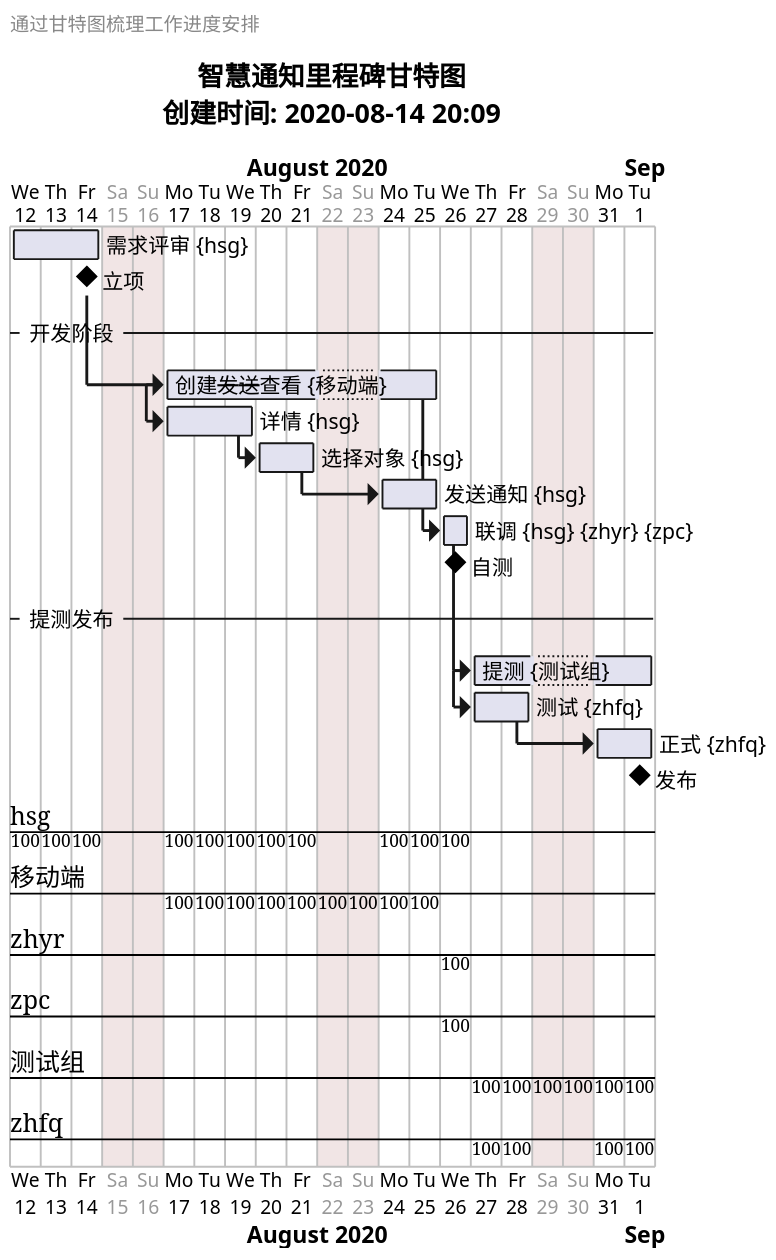
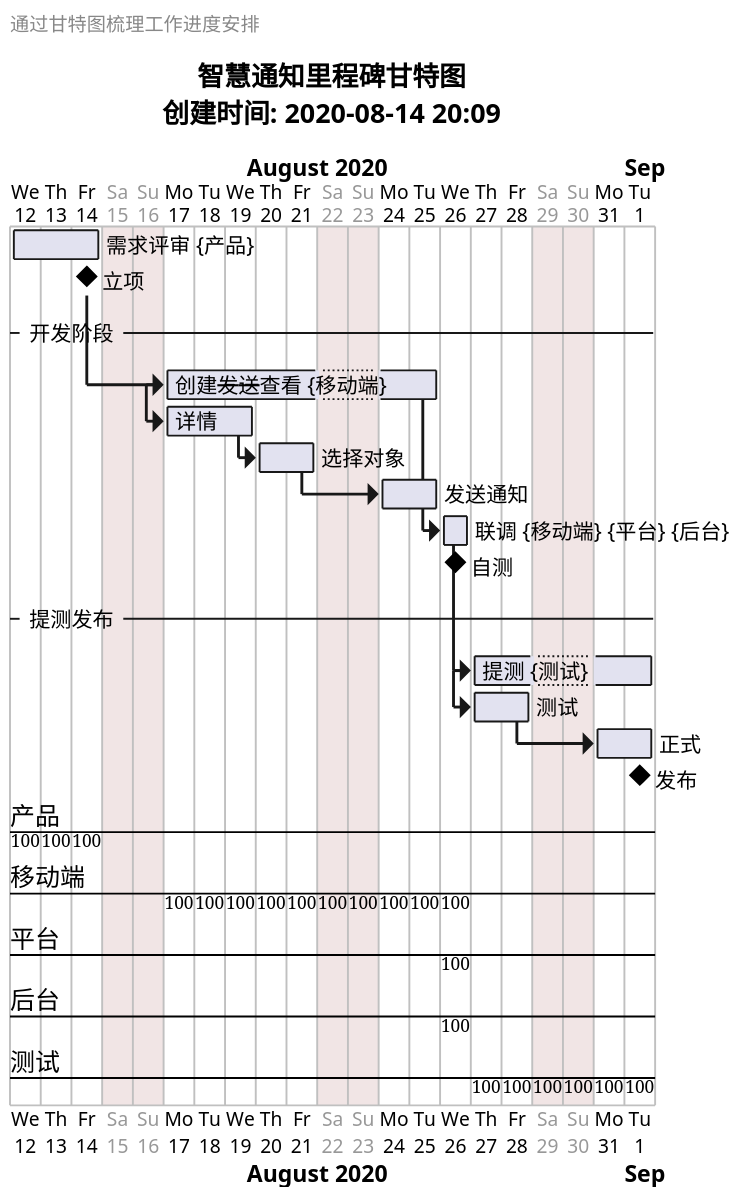
The diagram in uml/zhihuitongzhi/zhtz-gtt.plantuml (iT-Boyer/iDocs), drawn with PlantUML before and after one commit.

Commit message:
功能点：整理甘特图 问题：

```diff
--- a/uml/zhihuitongzhi/zhtz-gtt.plantuml
+++ b/uml/zhihuitongzhi/zhtz-gtt.plantuml
@@ -2,32 +2,32 @@
 @startgantt
 scale 2
 page 1x1
 title
         智慧通知里程碑甘特图
         创建时间: 2020-08-14 20:09
         endtitle
         left header
                 通过甘特图梳理工作进度安排
         endheader
         project starts 2020-08-12
         Sunday are closed
         Saturday are closed
-        [需求评审] as [design] on {hsg:100%} lasts 3 days
+        [需求评审] as [design] on {产品:100%} lasts 3 days
         [立项] happens at [design]'s end
         --开发阶段--
         then [创建--发送--查看] as [develop] on {移动端:100%} lasts 7 days
-        [详情] as [detail] on {hsg:100%}  lasts 3 days
+        [详情] as [detail] lasts 3 days
         [detail] starts at [develop]'s start
-        then [选择对象] on {hsg:100%} lasts 2 days
-        then [发送通知] on {hsg:100%} lasts 2 days
-        [联调] as [lt2] on {hsg:100%} {zhyr} {zpc} lasts 1 days
+        then [选择对象] lasts 2 days
+        then [发送通知]  lasts 2 days
+        [联调] as [lt2] on {移动端:100%} {平台} {后台} lasts 1 days
         [lt2] starts at [develop]'s end
         [自测] happens at [lt2]'s end
         --提测发布--
-        [提测] as [test] on {测试组} lasts 4 days
+        [提测] as [test] on {测试:100%} lasts 4 days
         [test] starts at [lt2]'s end
-        [测试] as [first] on {zhfq:100%} lasts 2 days
+        [测试] as [first] lasts 2 days
         [first] starts at [test]'s start
-        then [正式] on {zhfq:100%} lasts 2 days
+        then [正式] lasts 2 days
         [发布] happens at [正式]'s end
         @endgantt
```
